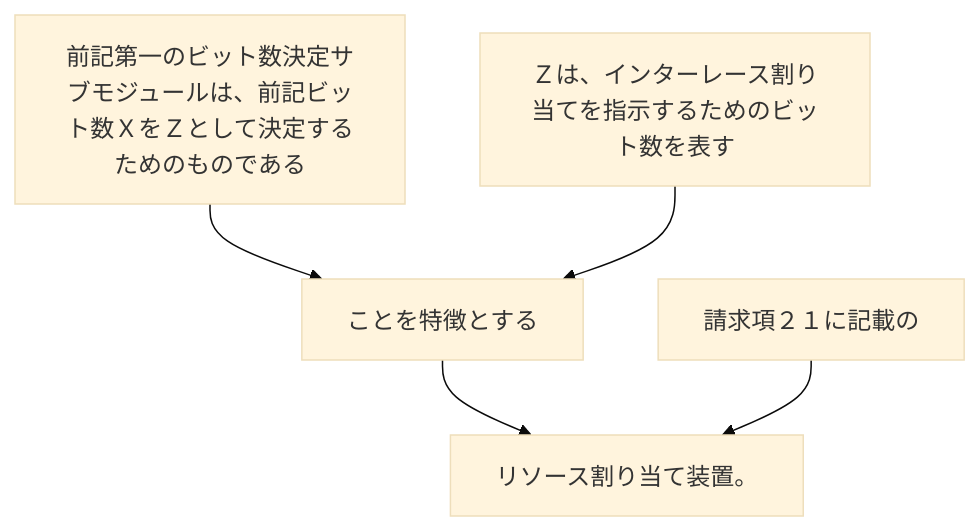
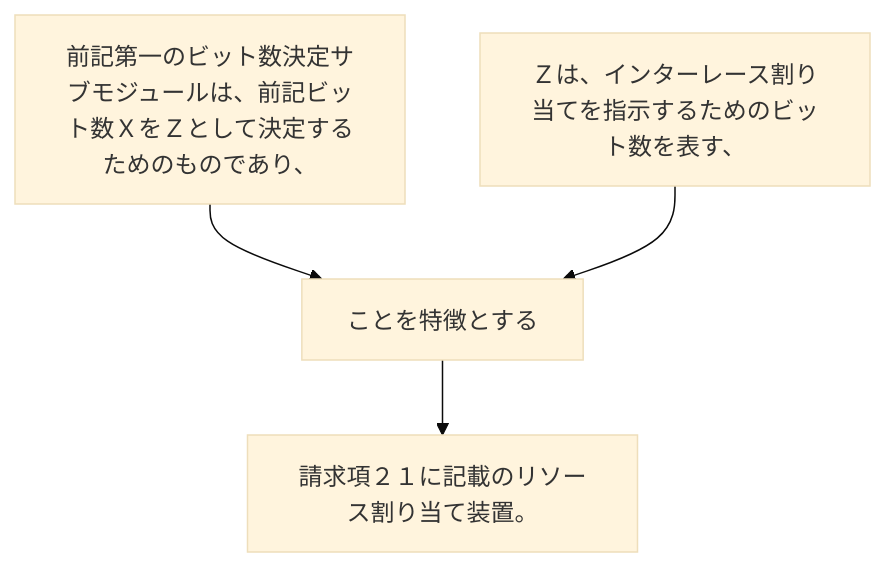
The diagram in 2024/JP2024029186A/claim_22/README.md (shinmori55/patent_analyzed), drawn with Mermaid (base theme) before and after one commit. The commit also changed 336 other files, not shown here.

````diff
--- a/2024/JP2024029186A/claim_22/README.md
+++ b/2024/JP2024029186A/claim_22/README.md
@@ -3,12 +3,10 @@
 ```mermaid
 flowchart TD
-A[前記第一のビット数決定サブモジュールは、前記ビット数ＸをＺとして決定するためのものである]
-B[Ｚは、インターレース割り当てを指示するためのビット数を表す]
+A[前記第一のビット数決定サブモジュールは、前記ビット数ＸをＺとして決定するためのものであり、]
+B[Ｚは、インターレース割り当てを指示するためのビット数を表す、]
 C[ことを特徴とする]
-D[請求項２１に記載の]
-E[リソース割り当て装置。]
+D[請求項２１に記載のリソース割り当て装置。]
 A --> C
 B --> C
-C --> E
-D --> E
+C --> D
 ```
````
